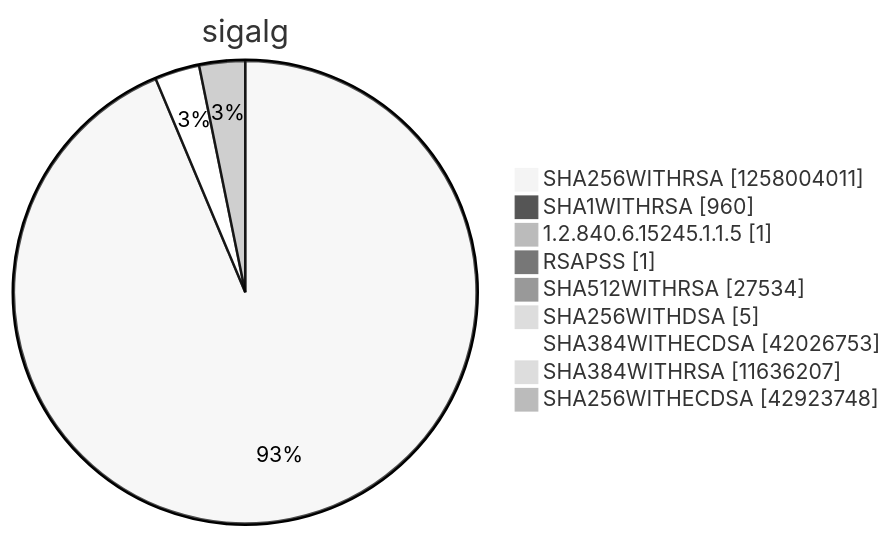
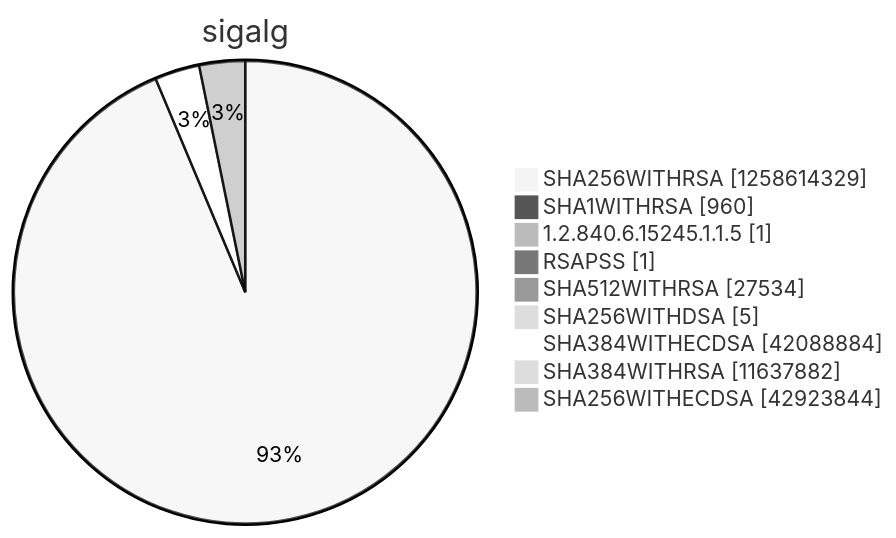
Before and after one commit to christiankrug/ctmonitor_visualization: diagram 15 of 15 in argon2022/README.md, drawn with Mermaid (neutral theme). The commit also changed other lines of this file, not shown here.

````diff
--- a/argon2022/README.md
+++ b/argon2022/README.md
@@ -5522,13 +5522,13 @@
 ```mermaid
 pie showData
 title sigalg
-"SHA256WITHRSA" :1258004011
+"SHA256WITHRSA" :1258614329
 "SHA1WITHRSA" :960
 "1.2.840.6.15245.1.1.5" :1
 "RSAPSS" :1
 "SHA512WITHRSA" :27534
 "SHA256WITHDSA" :5
-"SHA384WITHECDSA" :42026753
-"SHA384WITHRSA" :11636207
-"SHA256WITHECDSA" :42923748
+"SHA384WITHECDSA" :42088884
+"SHA384WITHRSA" :11637882
+"SHA256WITHECDSA" :42923844
 ```
````
